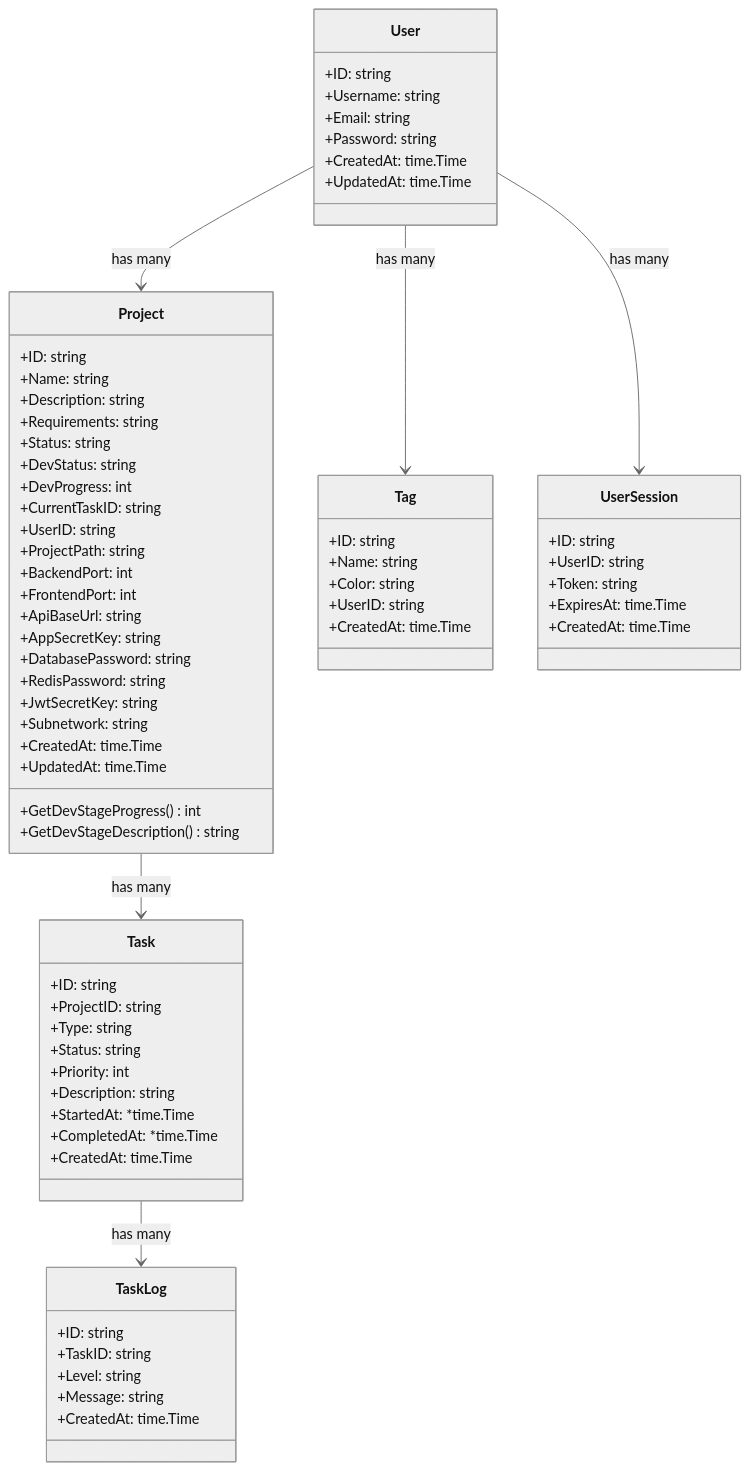
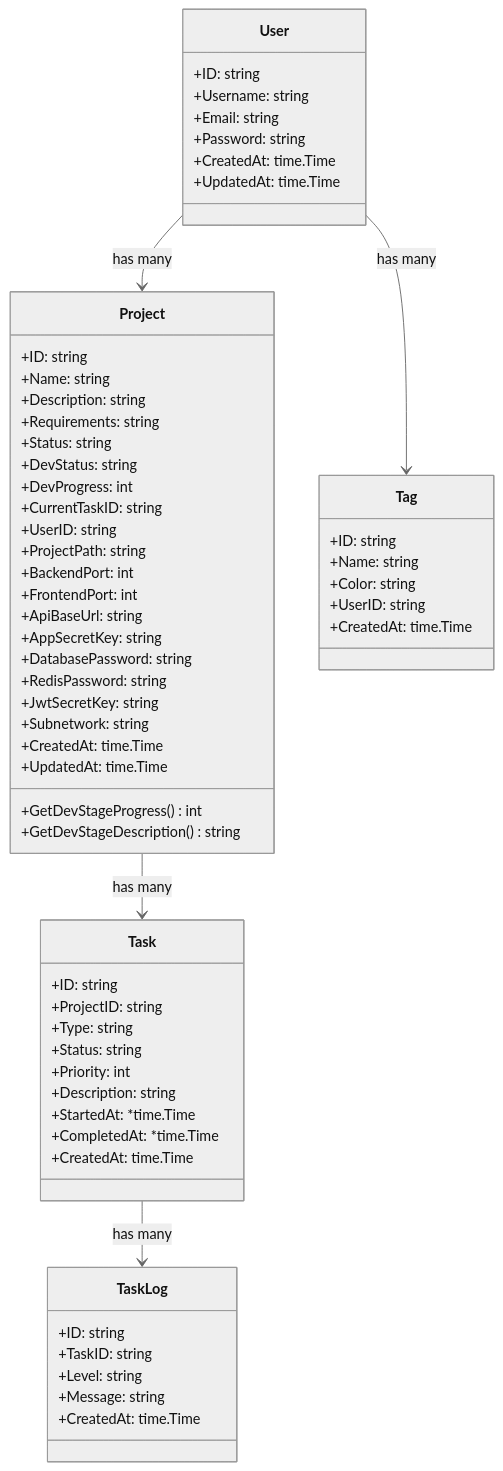
The second of 9 diagrams in backend/architect/ARCHITECTURE.md (lighthought/app-maker), drawn with Mermaid (neutral theme) before and after one commit. The commit also changed other lines of this file and 19 other files, not shown here.

Commit message:
[fix] 1. 重新实现表ID，用序列的方式实现； 2. 删除 user_session 相关的逻辑； 3. 新建的项目现在保存在 /app/data/projects/{user_id}/{project_id} 下； 4. 删除项目时，打包的过程改成异步处理，避免阻塞接口； 5. project-dev-setup.sh 脚本，现在能跑到前后端编译成功； 6. 后端镜像中安装 go，让后台容器能够编译新项目的后台； 7. 解决任务的路由和原来项目的路由冲突的问题；

````diff
--- a/backend/architect/ARCHITECTURE.md
+++ b/backend/architect/ARCHITECTURE.md
@@ -103,78 +103,69 @@
 ```mermaid
 classDiagram
     class Project {
         +ID: string
         +Name: string
         +Description: string
         +Requirements: string
         +Status: string
         +DevStatus: string
         +DevProgress: int
         +CurrentTaskID: string
         +UserID: string
         +ProjectPath: string
         +BackendPort: int
         +FrontendPort: int
         +ApiBaseUrl: string
         +AppSecretKey: string
         +DatabasePassword: string
         +RedisPassword: string
         +JwtSecretKey: string
         +Subnetwork: string
         +CreatedAt: time.Time
         +UpdatedAt: time.Time
         +GetDevStageProgress() int
         +GetDevStageDescription() string
     }
 
     class Task {
         +ID: string
         +ProjectID: string
         +Type: string
         +Status: string
         +Priority: int
         +Description: string
         +StartedAt: *time.Time
         +CompletedAt: *time.Time
         +CreatedAt: time.Time
     }
 
     class TaskLog {
         +ID: string
         +TaskID: string
         +Level: string
         +Message: string
         +CreatedAt: time.Time
     }
 
     class User {
         +ID: string
         +Username: string
         +Email: string
         +Password: string
         +CreatedAt: time.Time
         +UpdatedAt: time.Time
     }
 
     class Tag {
         +ID: string
         +Name: string
         +Color: string
         +UserID: string
         +CreatedAt: time.Time
     }
 
-    class UserSession {
-        +ID: string
-        +UserID: string
-        +Token: string
-        +ExpiresAt: time.Time
-        +CreatedAt: time.Time
-    }
-
     Project --> Task : has many
     Task --> TaskLog : has many
     User --> Project : has many
     User --> Tag : has many
-    User --> UserSession : has many
 ```
````
